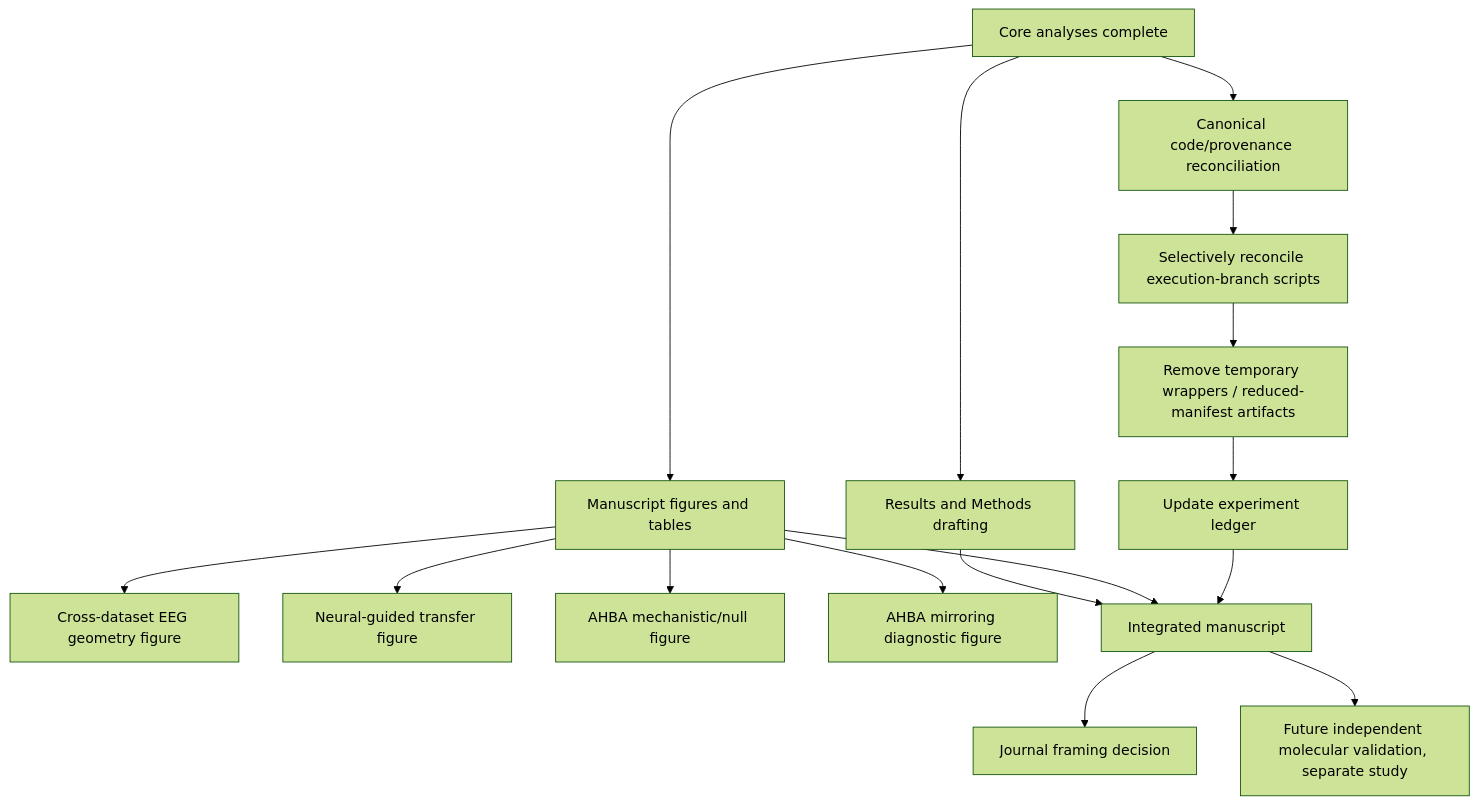
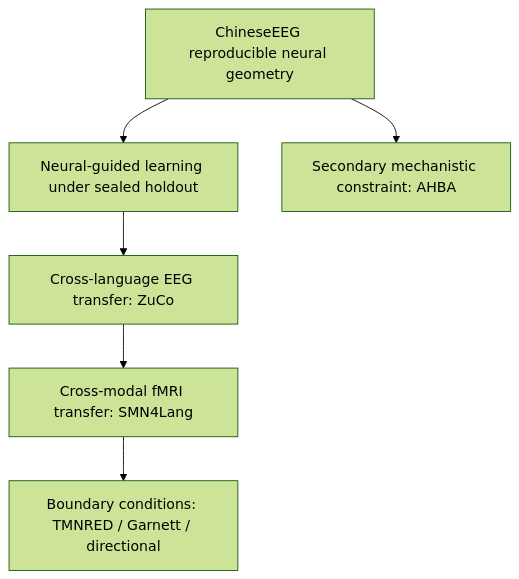
Before and after one commit to vafaei-ar/NeuroSem: the diagram in docs/5_CURRENT_ROADMAP.md, drawn with Mermaid (forest theme). The commit also changed other lines of this file, not shown here.

Commit message:
Refocus roadmap after SMN4Lang fMRI success

````diff
--- a/docs/5_CURRENT_ROADMAP.md
+++ b/docs/5_CURRENT_ROADMAP.md
@@ -22,22 +29,8 @@
 ```mermaid
 flowchart TD
-    A[Core analyses complete] --> B[Canonical code/provenance reconciliation]
-    A --> C[Manuscript figures and tables]
-    A --> D[Results and Methods drafting]
-
-    B --> B1[Selectively reconcile execution-branch scripts]
-    B1 --> B2[Remove temporary wrappers / reduced-manifest artifacts]
-    B2 --> B3[Update experiment ledger]
-
-    C --> C1[Cross-dataset EEG geometry figure]
-    C --> C2[Neural-guided transfer figure]
-    C --> C3[AHBA mechanistic/null figure]
-    C --> C4[AHBA mirroring diagnostic figure]
-
-    D --> E[Integrated manuscript]
-    C --> E
-    B3 --> E
-
-    E --> F[Journal framing decision]
-    E --> G[Future independent molecular validation, separate study]
+    A[ChineseEEG reproducible neural geometry] --> B[Neural-guided learning under sealed holdout]
+    B --> C[Cross-language EEG transfer: ZuCo]
+    C --> D[Cross-modal fMRI transfer: SMN4Lang]
+    D --> E[Boundary conditions: TMNRED / Garnett / directional]
+    A --> F[Secondary mechanistic constraint: AHBA]
 ```
````
